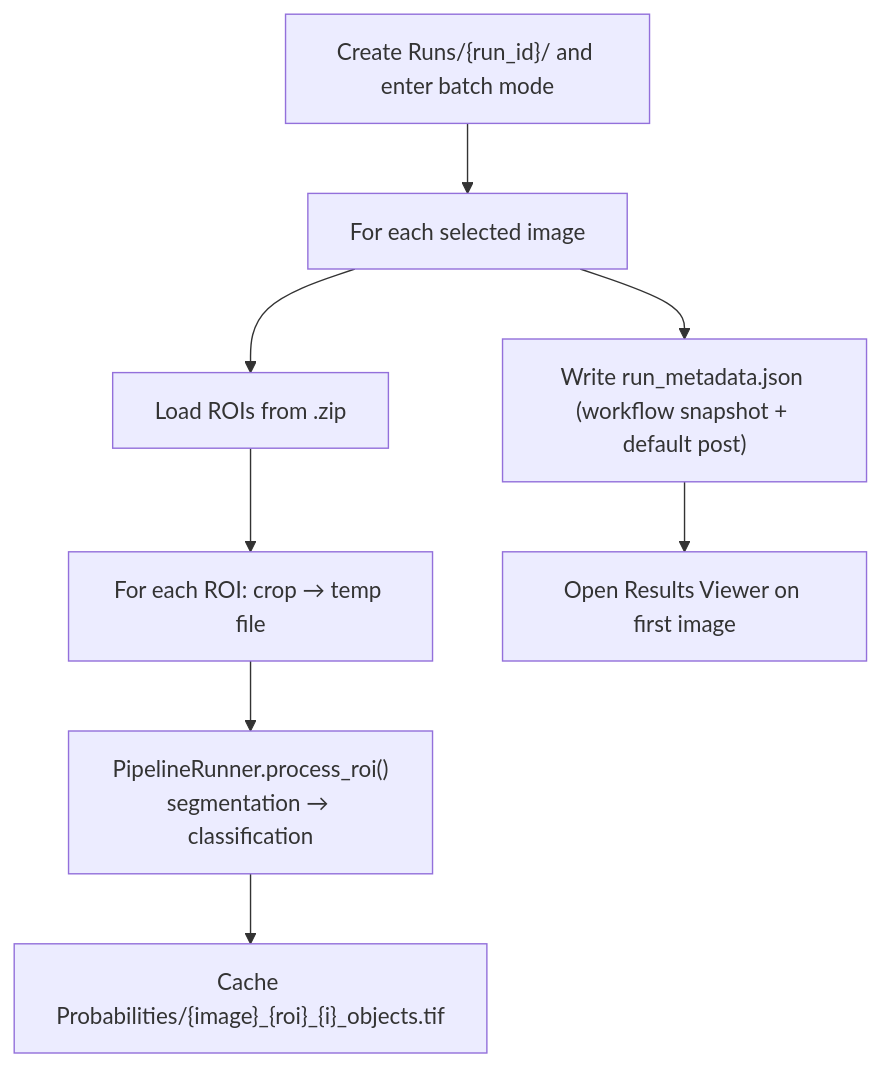
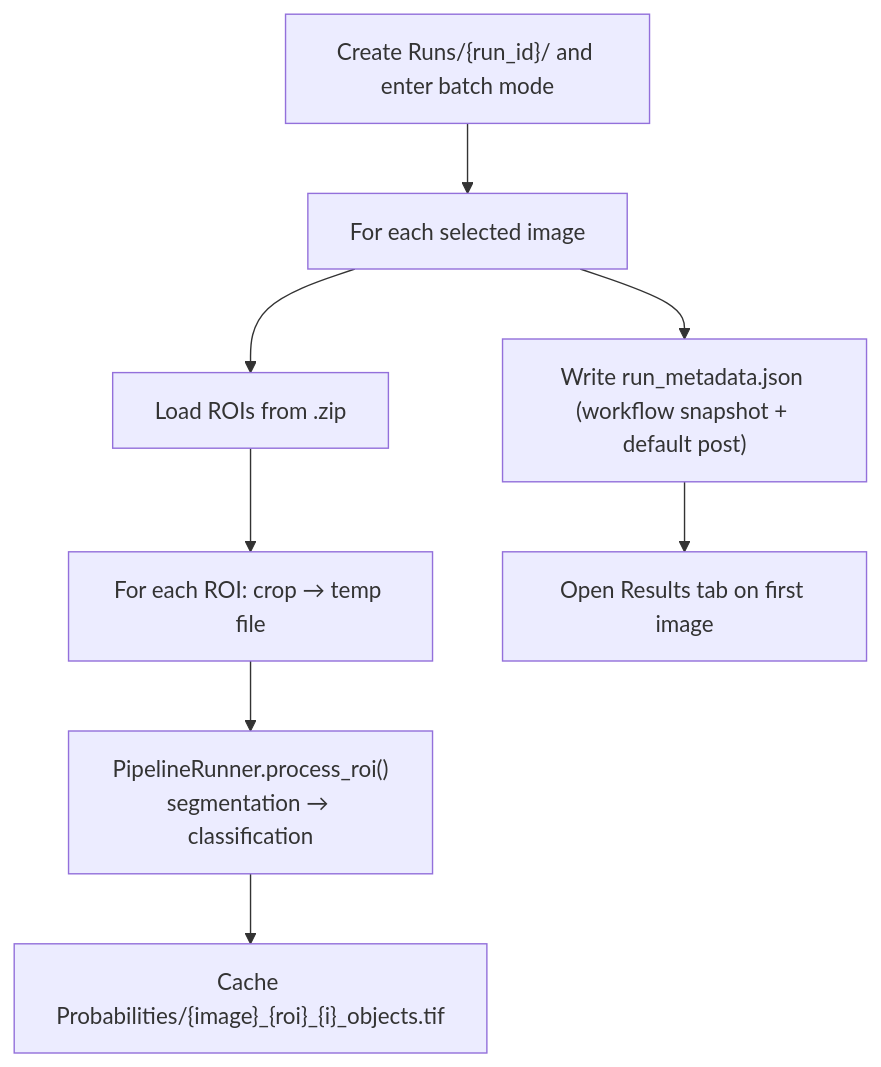
The second of 2 diagrams in docs/quantification_overview.md (mrallred/Cell-Quantification-Toolkit), drawn with Mermaid before and after one commit. The commit also changed other lines of this file and 20 other files, not shown here.

````diff
--- a/docs/quantification_overview.md
+++ b/docs/quantification_overview.md
@@ -38,10 +47,10 @@
 ```mermaid
 flowchart TD
     R["Create Runs/{run_id}/ and enter batch mode"] --> A[For each selected image]
     A --> B[Load ROIs from .zip]
     B --> C[For each ROI: crop → temp file]
     C --> D["PipelineRunner.process_roi()<br/>segmentation → classification"]
     D --> E["Cache Probabilities/{image}_{roi}_{i}_objects.tif"]
     A --> F["Write run_metadata.json (workflow snapshot + default post)"]
-    F --> G[Open Results Viewer on first image]
+    F --> G[Open Results tab on first image]
 ```
````
